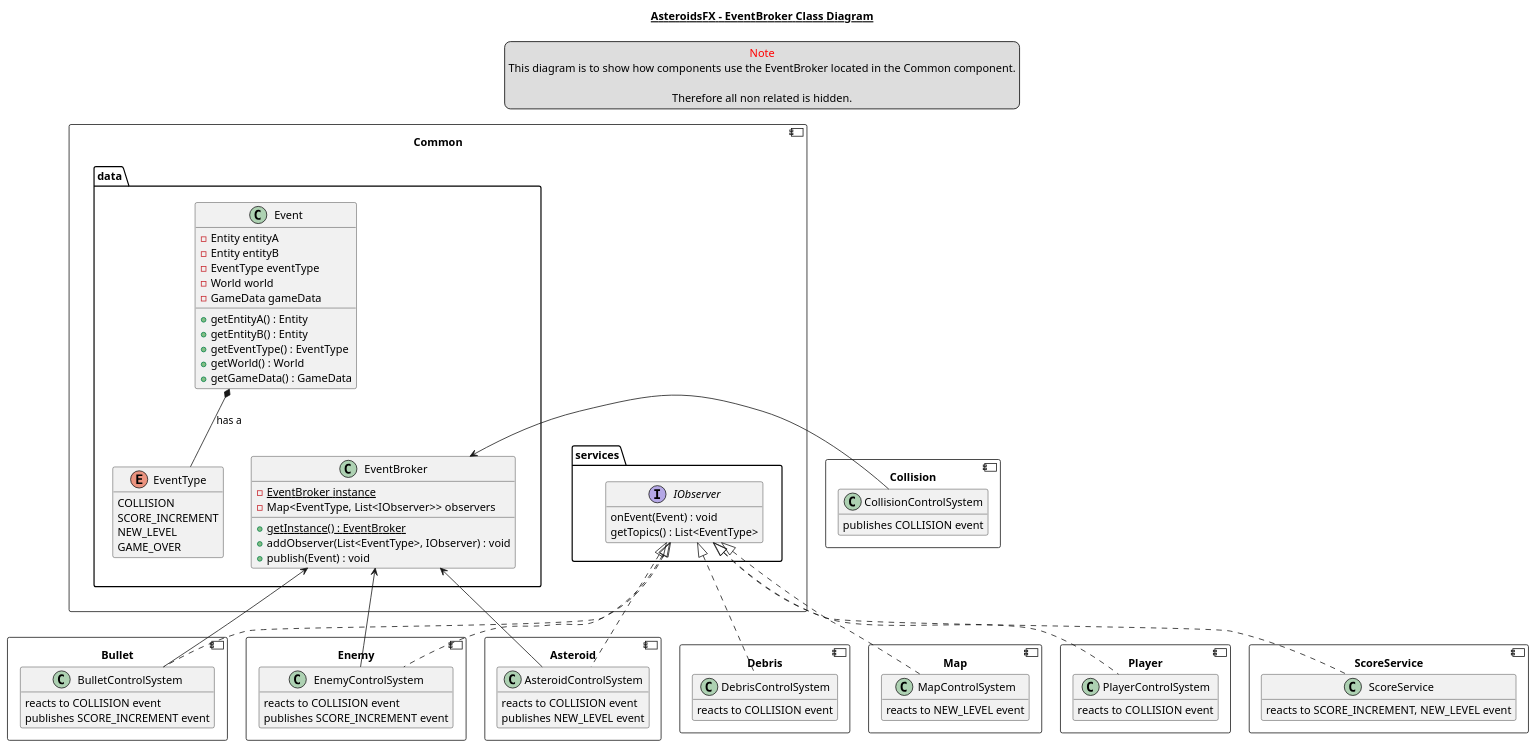
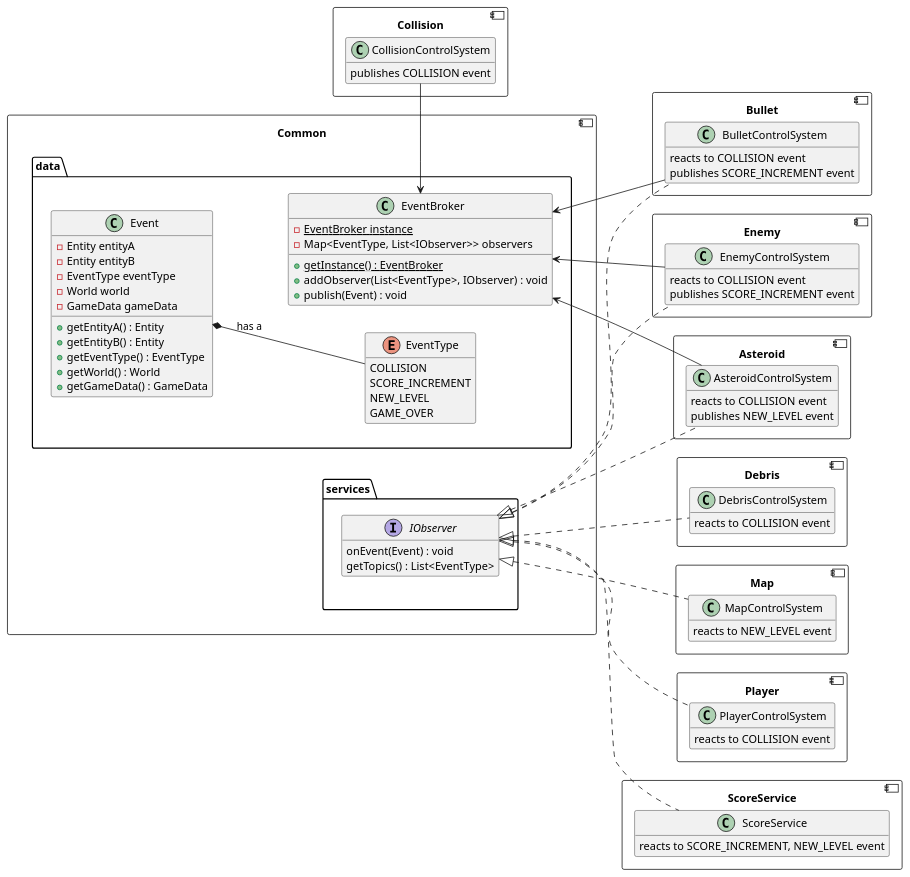
The diagram in diagrams/class eventbroker.puml (jlars22/AsteroidsFX), drawn with PlantUML before and after one commit. The commit also changed 6 other files, not shown here.

Commit message:
improve diagrams

```diff
--- a/diagrams/class eventbroker.puml
+++ b/diagrams/class eventbroker.puml
@@ -1,126 +1,117 @@
 @startuml
-title
-<u>AsteroidsFX - EventBroker Class Diagram</u>
-end title
-
-legend top
-<font color=red >Note</font>
-This diagram is to show how components use the EventBroker located in the Common component.
-
-Therefore all non related is hidden.
-end legend
+left to right direction
 
 skinparam defaultTextAlignment center
 hide empty members
 
 component Common {
 }
 
 package Common.data  {
 
 
     class Event {
         - Entity entityA
         - Entity entityB
         - EventType eventType
         - World world
         - GameData gameData
 
         + getEntityA() : Entity
         + getEntityB() : Entity
         + getEventType() : EventType
         + getWorld() : World
         + getGameData() : GameData
     }
 
     enum EventType {
         COLLISION
         SCORE_INCREMENT
         NEW_LEVEL
         GAME_OVER
     }
 
     class EventBroker {
         - {static} EventBroker instance
         - Map<EventType, List<IObserver>> observers
 
         + {static} getInstance() : EventBroker
         + addObserver(List<EventType>, IObserver) : void
         + publish(Event) : void
     }
 
 
 }
 
 package Common.services {
     interface IObserver {
         onEvent(Event) : void
         getTopics() : List<EventType>
     }
 }
 
 Common.data -[hidden]d- Common.services
 Event -[hidden]d- EventBroker
 Event *-- EventType: "has a "
 
 
 component Asteroid {
 
     class AsteroidControlSystem implements Common.services.IObserver{
         reacts to COLLISION event
         publishes NEW_LEVEL event
     }
 }
 
 AsteroidControlSystem --> EventBroker
 
 component Bullet {
     class BulletControlSystem implements Common.services.IObserver{
         reacts to COLLISION event
         publishes SCORE_INCREMENT event
     }
 }
 
 BulletControlSystem -> EventBroker
 
 component Debris {
     class DebrisControlSystem implements Common.services.IObserver{
         reacts to COLLISION event
     }
 }
 
 component Enemy {
     class EnemyControlSystem implements Common.services.IObserver{
         reacts to COLLISION event
         publishes SCORE_INCREMENT event
     }
 }
 
 EnemyControlSystem -> EventBroker
 
 component Map {
     class MapControlSystem implements Common.services.IObserver{
         reacts to NEW_LEVEL event
     }
 }
 
 component Player {
     class PlayerControlSystem implements Common.services.IObserver{
         reacts to COLLISION event
     }
 }
 
 component ScoreService {
     class ScoreService implements Common.services.IObserver{
         reacts to SCORE_INCREMENT, NEW_LEVEL event
     }
 }
 
 component Collision {
     class CollisionControlSystem {
         publishes COLLISION event
     }
 }
 
 CollisionControlSystem -> EventBroker
 @enduml
```
